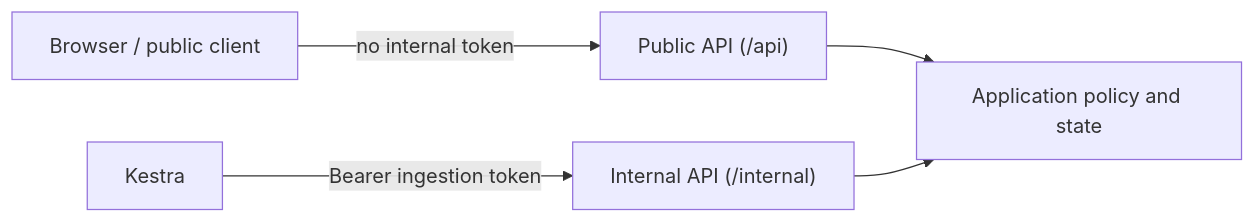
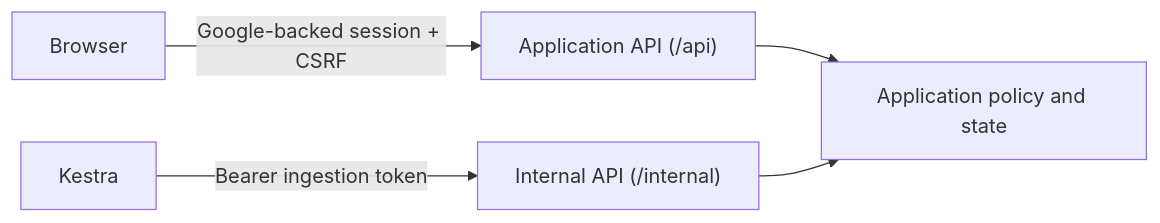
One commit to hongchit/sec-filing-rag-poc changed the first of 2 diagrams in docs/api.md. Above: the diagram before and after it, drawn with Mermaid. The commit also changed other lines of this file and 65 other files, not shown here.

````diff
--- a/docs/api.md
+++ b/docs/api.md
@@ -10,7 +10,7 @@
 ```mermaid
 flowchart LR
-  UI[Browser / public client] -->|no internal token| P["Public API (/api)"]
+  UI[Browser] -->|Google-backed session + CSRF| P["Application API (/api)"]
   K[Kestra] -->|Bearer ingestion token| I["Internal API (/internal)"]
   P --> A[Application policy and state]
   I --> A
 ```
````
